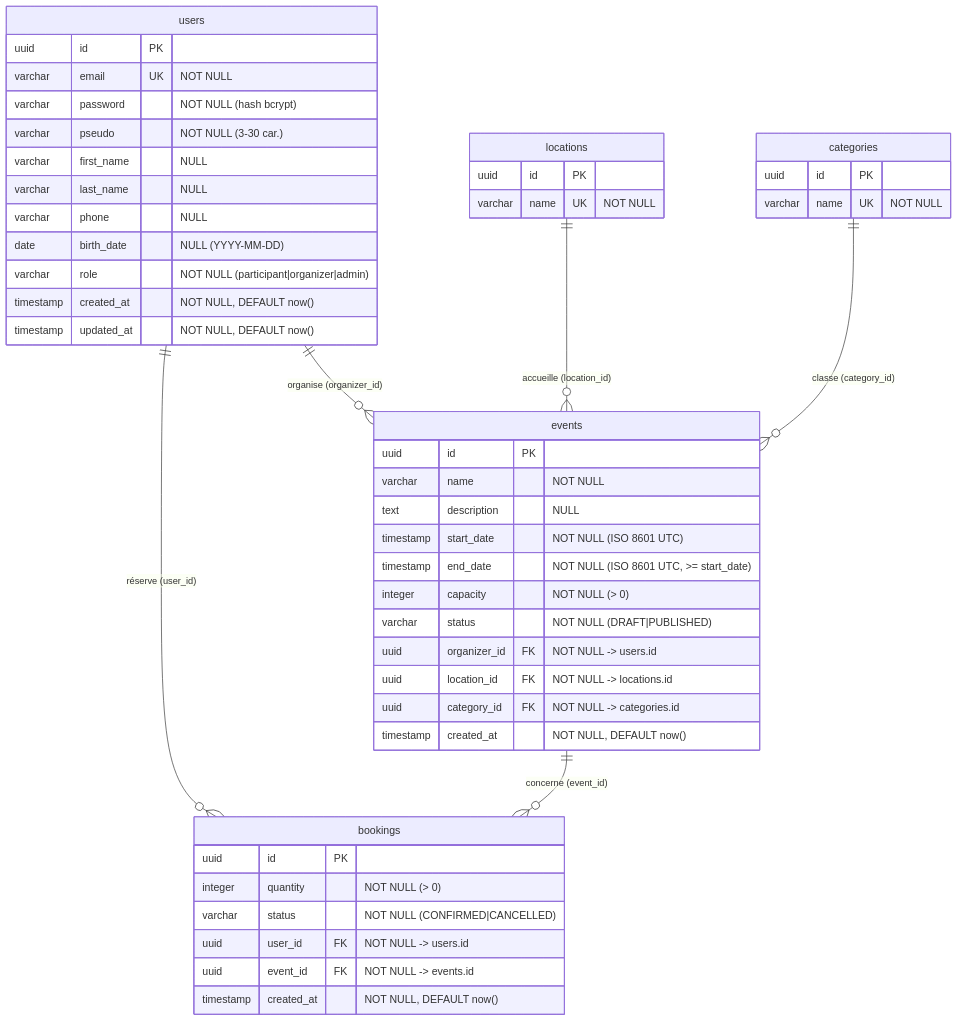
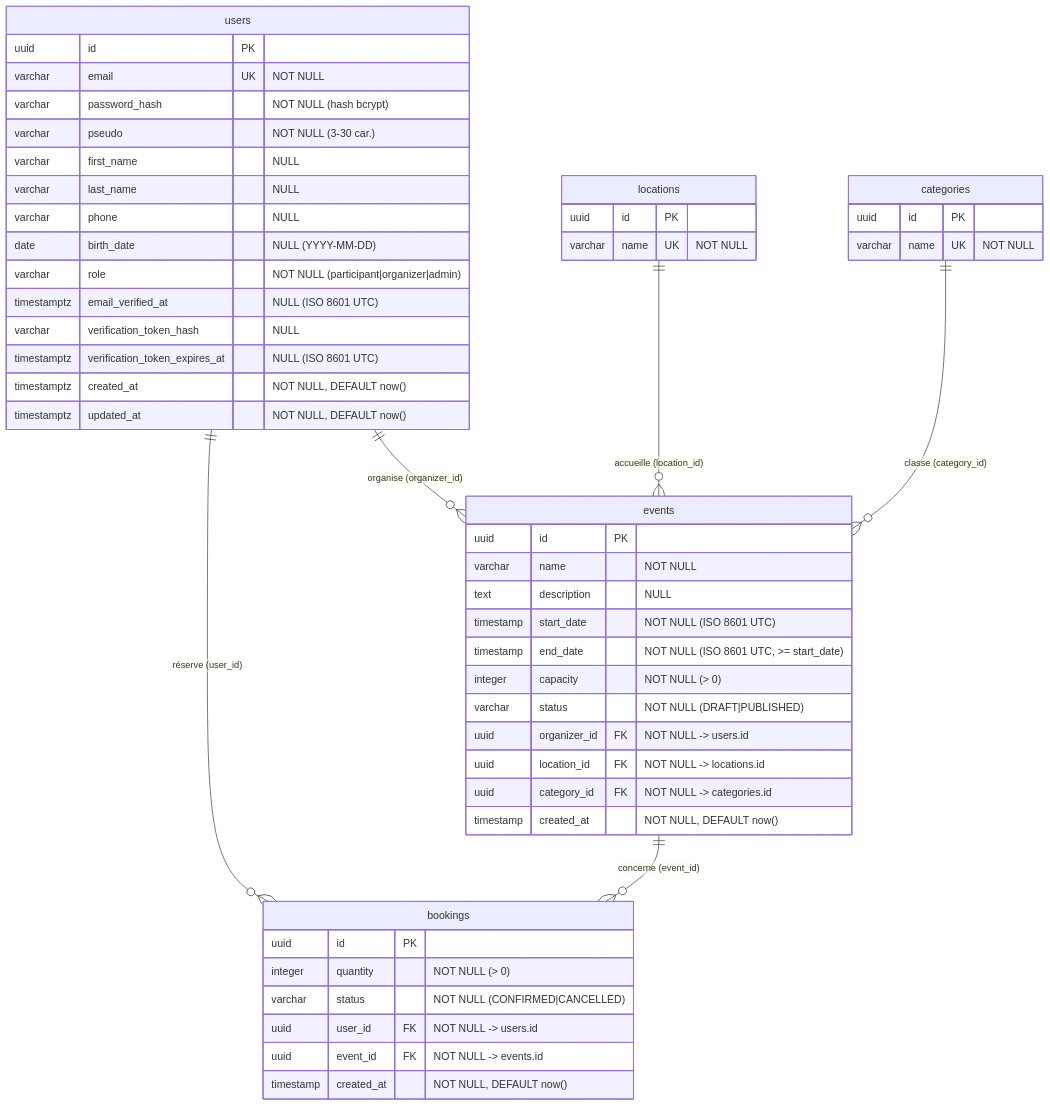
Before and after one commit to claudiasc47/eventHub-groupe: the diagram in docs/adr/ADR-002-modele-donnees-simplifie.md, drawn with Mermaid. The commit also changed other lines of this file and 4 other files, not shown here.

Commit message:
docs: sync email verification, Mailpit env vars, ADR-002 and OpenAPI spec

````diff
--- a/docs/adr/ADR-002-modele-donnees-simplifie.md
+++ b/docs/adr/ADR-002-modele-donnees-simplifie.md
@@ -18,55 +18,58 @@
 ```mermaid
 erDiagram
     users ||--o{ events : "organise (organizer_id)"
     users ||--o{ bookings : "réserve (user_id)"
     locations ||--o{ events : "accueille (location_id)"
     categories ||--o{ events : "classe (category_id)"
     events ||--o{ bookings : "concerne (event_id)"
 
     users {
         uuid id PK
         varchar email UK "NOT NULL"
-        varchar password "NOT NULL (hash bcrypt)"
+        varchar password_hash "NOT NULL (hash bcrypt)"
         varchar pseudo "NOT NULL (3-30 car.)"
         varchar first_name "NULL"
         varchar last_name "NULL"
         varchar phone "NULL"
         date birth_date "NULL (YYYY-MM-DD)"
         varchar role "NOT NULL (participant|organizer|admin)"
-        timestamp created_at "NOT NULL, DEFAULT now()"
-        timestamp updated_at "NOT NULL, DEFAULT now()"
+        timestamptz email_verified_at "NULL (ISO 8601 UTC)"
+        varchar verification_token_hash "NULL"
+        timestamptz verification_token_expires_at "NULL (ISO 8601 UTC)"
+        timestamptz created_at "NOT NULL, DEFAULT now()"
+        timestamptz updated_at "NOT NULL, DEFAULT now()"
     }
 
     locations {
         uuid id PK
         varchar name UK "NOT NULL"
     }
 
     categories {
         uuid id PK
         varchar name UK "NOT NULL"
     }
 
     events {
         uuid id PK
         varchar name "NOT NULL"
         text description "NULL"
         timestamp start_date "NOT NULL (ISO 8601 UTC)"
         timestamp end_date "NOT NULL (ISO 8601 UTC, >= start_date)"
         integer capacity "NOT NULL (> 0)"
         varchar status "NOT NULL (DRAFT|PUBLISHED)"
         uuid organizer_id FK "NOT NULL -> users.id"
         uuid location_id FK "NOT NULL -> locations.id"
         uuid category_id FK "NOT NULL -> categories.id"
         timestamp created_at "NOT NULL, DEFAULT now()"
     }
 
     bookings {
         uuid id PK
         integer quantity "NOT NULL (> 0)"
         varchar status "NOT NULL (CONFIRMED|CANCELLED)"
         uuid user_id FK "NOT NULL -> users.id"
         uuid event_id FK "NOT NULL -> events.id"
         timestamp created_at "NOT NULL, DEFAULT now()"
     }
 ```
````
